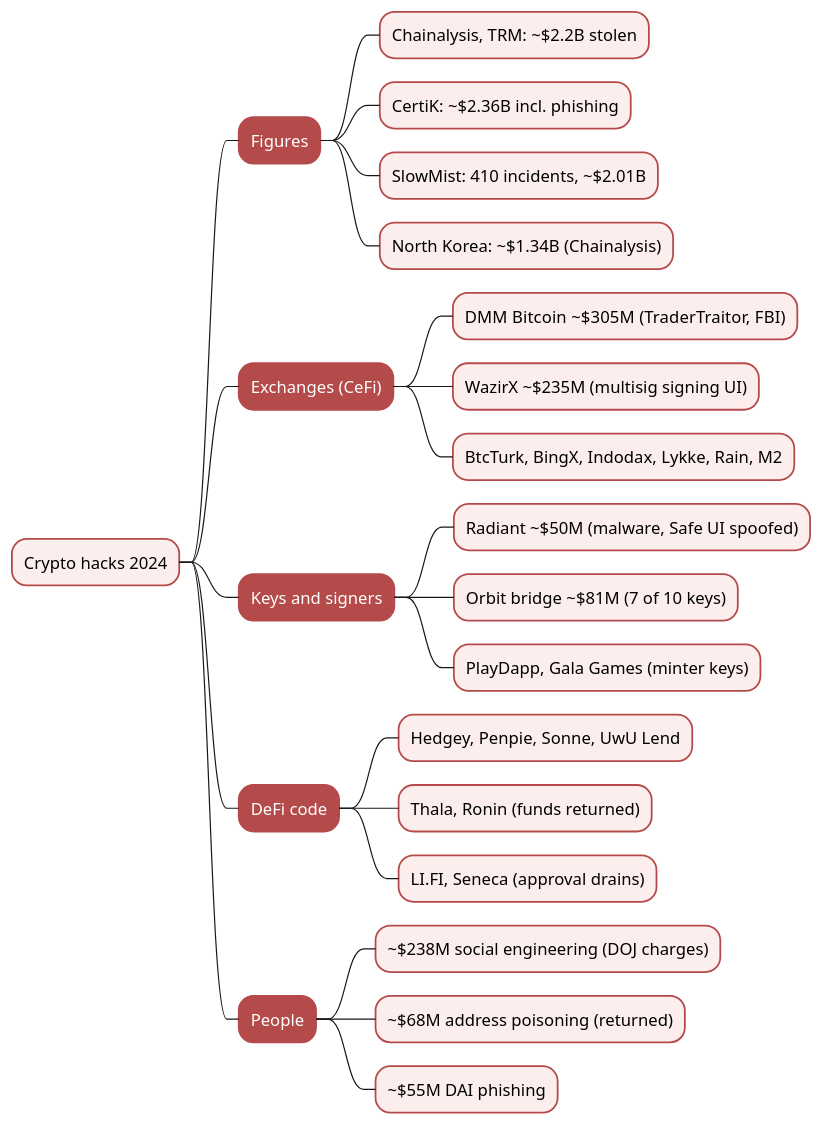
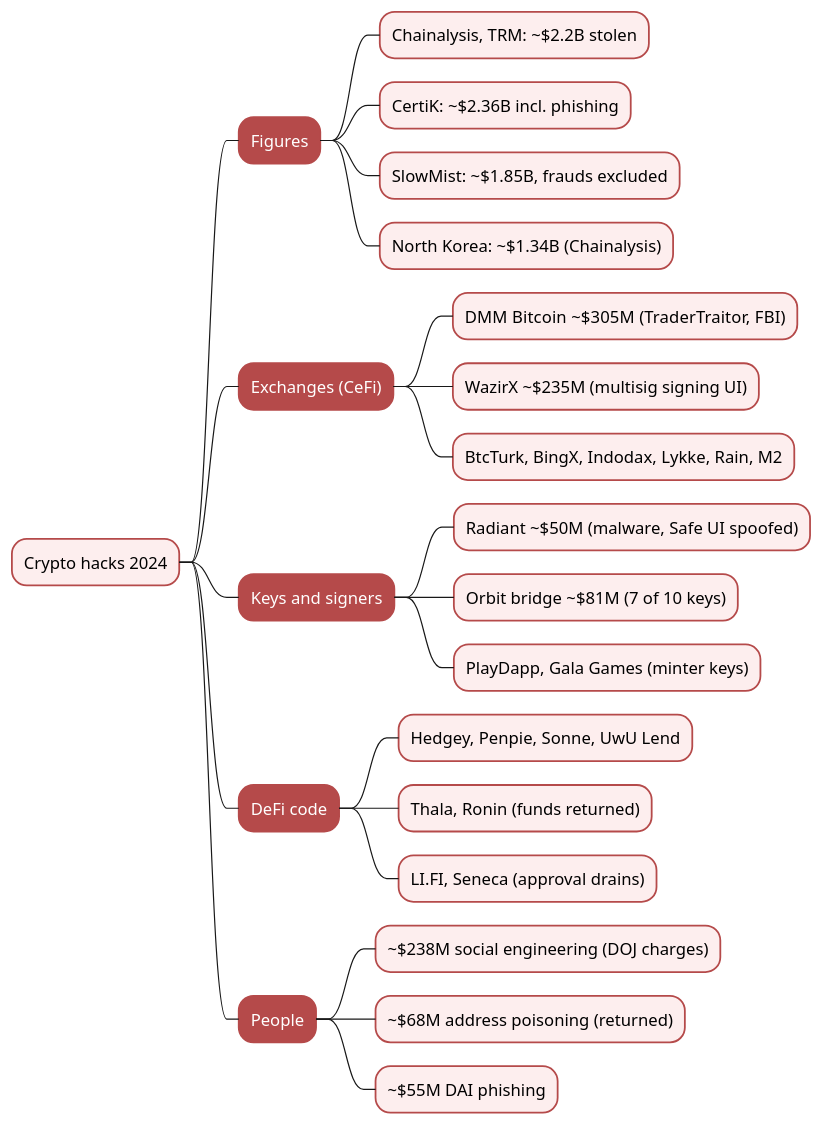
Before and after one commit to rya-sge/access-denied: the diagram in assets/article/blockchain/hack/2026-10-07-crypto-hacks-2024-mindmap.puml, drawn with PlantUML. The commit also changed 10 other files, not shown here.

```diff
--- a/assets/article/blockchain/hack/2026-10-07-crypto-hacks-2024-mindmap.puml
+++ b/assets/article/blockchain/hack/2026-10-07-crypto-hacks-2024-mindmap.puml
@@ -1,36 +1,36 @@
 @startmindmap
 <style>
 mindmapDiagram {
   node {
     BackgroundColor #FDEEEE
     LineColor #B54A4A
   }
   :depth(1) {
     BackgroundColor #B54A4A
     FontColor white
   }
 }
 </style>
 * Crypto hacks 2024
 ** Figures
 *** Chainalysis, TRM: ~$2.2B stolen
 *** CertiK: ~$2.36B incl. phishing
-*** SlowMist: 410 incidents, ~$2.01B
+*** SlowMist: ~$1.85B, frauds excluded
 *** North Korea: ~$1.34B (Chainalysis)
 ** Exchanges (CeFi)
 *** DMM Bitcoin ~$305M (TraderTraitor, FBI)
 *** WazirX ~$235M (multisig signing UI)
 *** BtcTurk, BingX, Indodax, Lykke, Rain, M2
 ** Keys and signers
 *** Radiant ~$50M (malware, Safe UI spoofed)
 *** Orbit bridge ~$81M (7 of 10 keys)
 *** PlayDapp, Gala Games (minter keys)
 ** DeFi code
 *** Hedgey, Penpie, Sonne, UwU Lend
 *** Thala, Ronin (funds returned)
 *** LI.FI, Seneca (approval drains)
 ** People
 *** ~$238M social engineering (DOJ charges)
 *** ~$68M address poisoning (returned)
 *** ~$55M DAI phishing
 @endmindmap
```
